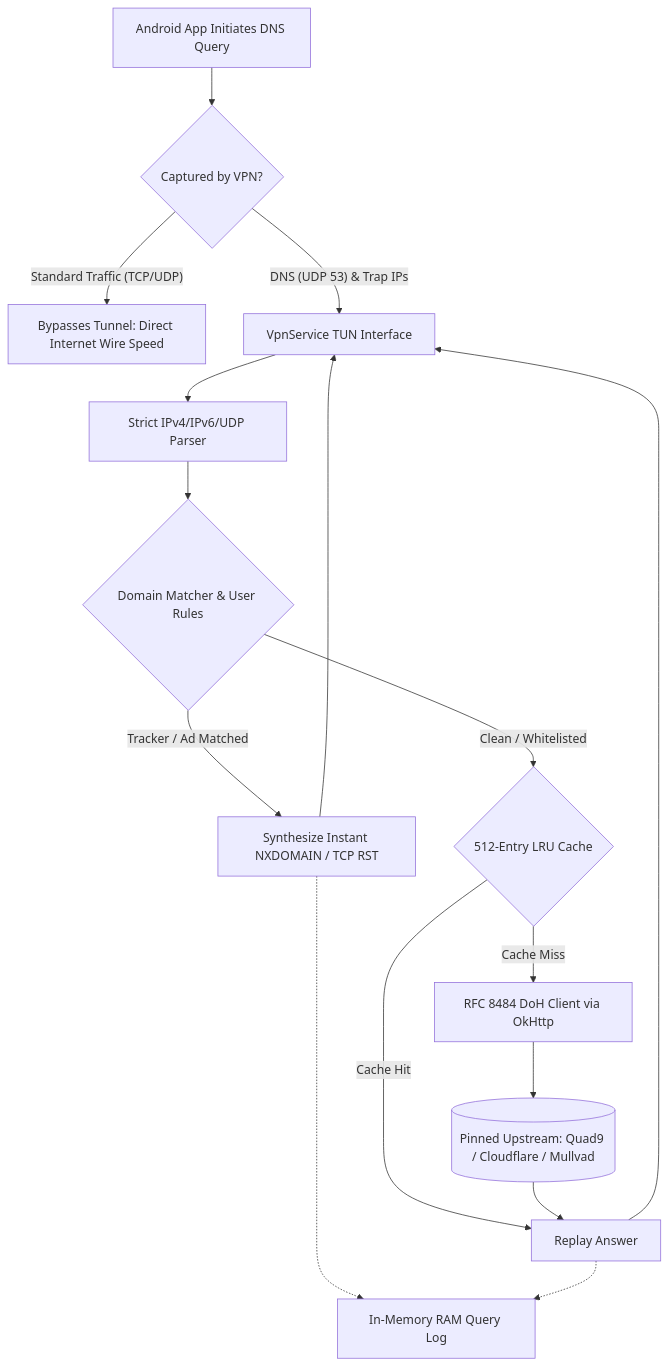
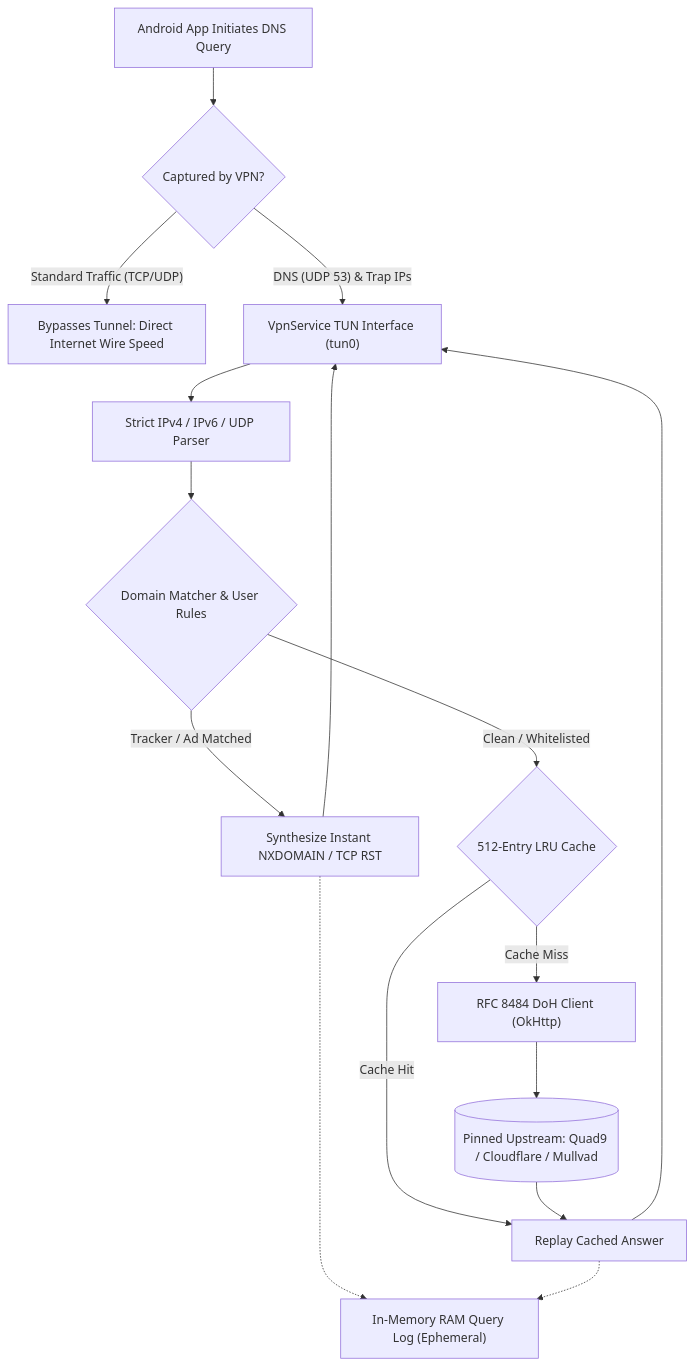
Before and after one commit to projectGloria/Wallupus: the diagram in README.md, drawn with Mermaid. The commit also changed other lines of this file and 1 other file, not shown here.

````diff
--- a/README.md
+++ b/README.md
@@ -121,22 +90,22 @@
 ```mermaid
 flowchart TD
     App["Android App Initiates DNS Query"] --> Trap{"Captured by VPN?"}
     Trap -- "Standard Traffic (TCP/UDP)" --> Wire["Bypasses Tunnel: Direct Internet Wire Speed"]
-    Trap -- "DNS (UDP 53) & Trap IPs" --> TUN["VpnService TUN Interface"]
+    Trap -- "DNS (UDP 53) & Trap IPs" --> TUN["VpnService TUN Interface (tun0)"]
     
-    TUN --> Parser["Strict IPv4/IPv6/UDP Parser"]
+    TUN --> Parser["Strict IPv4 / IPv6 / UDP Parser"]
     Parser --> Matcher{"Domain Matcher & User Rules"}
     
     Matcher -- "Tracker / Ad Matched" --> Block["Synthesize Instant NXDOMAIN / TCP RST"]
     Block --> TUN
     
     Matcher -- "Clean / Whitelisted" --> Cache{"512-Entry LRU Cache"}
-    Cache -- "Cache Hit" --> Answer["Replay Answer"]
-    Cache -- "Cache Miss" --> DoH["RFC 8484 DoH Client via OkHttp"]
+    Cache -- "Cache Hit" --> Answer["Replay Cached Answer"]
+    Cache -- "Cache Miss" --> DoH["RFC 8484 DoH Client (OkHttp)"]
     DoH --> Upstream[("Pinned Upstream: Quad9 / Cloudflare / Mullvad")]
     Upstream --> Answer
     Answer --> TUN
     
-    Block -.-> RAM["In-Memory RAM Query Log"]
+    Block -.-> RAM["In-Memory RAM Query Log (Ephemeral)"]
     Answer -.-> RAM
 ```
````
